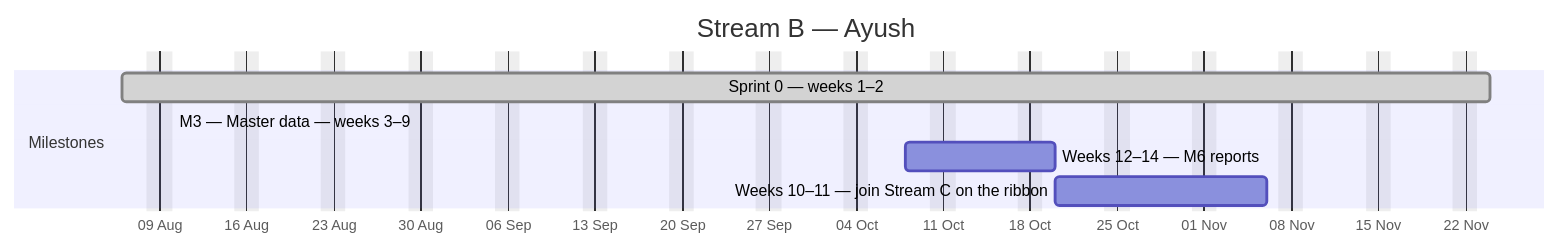
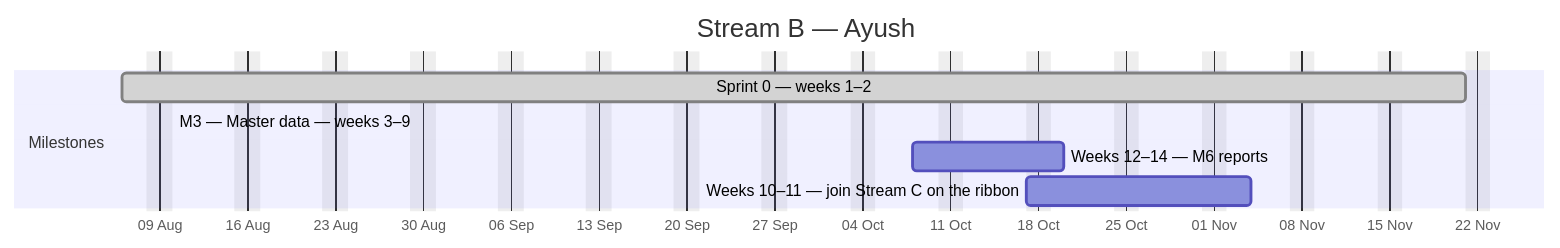
The second of 4 diagrams in docs/plan/GANTT.md (debashisedunext/EduTrack), drawn with Mermaid before and after one commit. The commit also changed other lines of this file and 3 other files, not shown here.

````diff
--- a/docs/plan/GANTT.md
+++ b/docs/plan/GANTT.md
@@ -145,12 +144,12 @@
 ```mermaid
 gantt
     dateFormat YYYY-MM-DD
     axisFormat %d %b
     title Stream B — Ayush
     excludes weekends
     section Milestones
-    Sprint 0 — weeks 1–2 :done, b0, 2026-08-06, 78d
-    M3 — Master data — weeks 3–9 :active, b1, 2026-08-10, -16d
+    Sprint 0 — weeks 1–2 :done, b0, 2026-08-06, 77d
+    M3 — Master data — weeks 3–9 :active, b1, 2026-08-10, -15d
     Weeks 12–14 — M6 reports :b2, 2026-10-08, 8d
-    Weeks 10–11 — join Stream C on the ribbon :b3, 2026-10-20, 13d
+    Weeks 10–11 — join Stream C on the ribbon :b3, 2026-10-17, 13d
 ```
````
